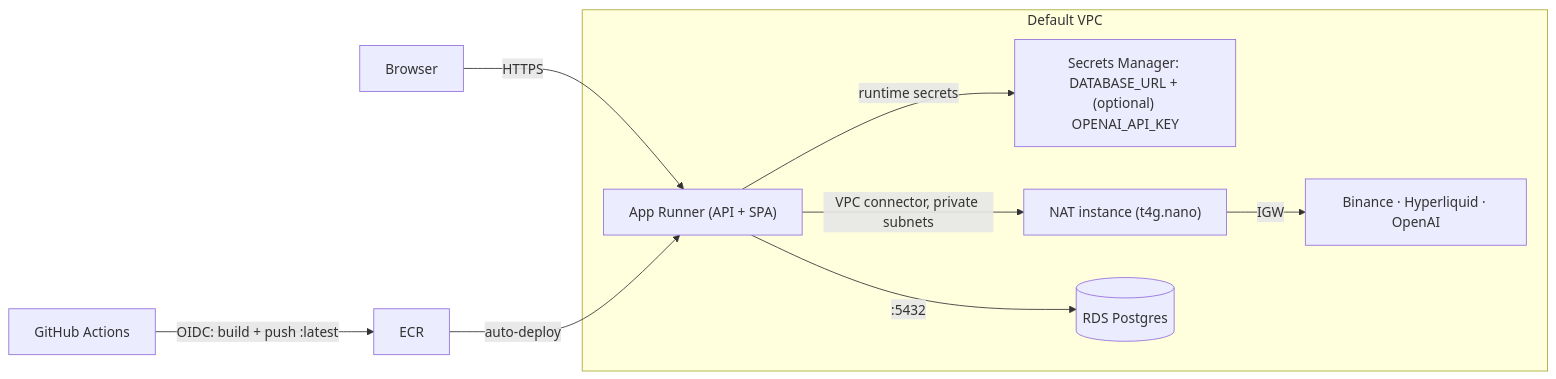
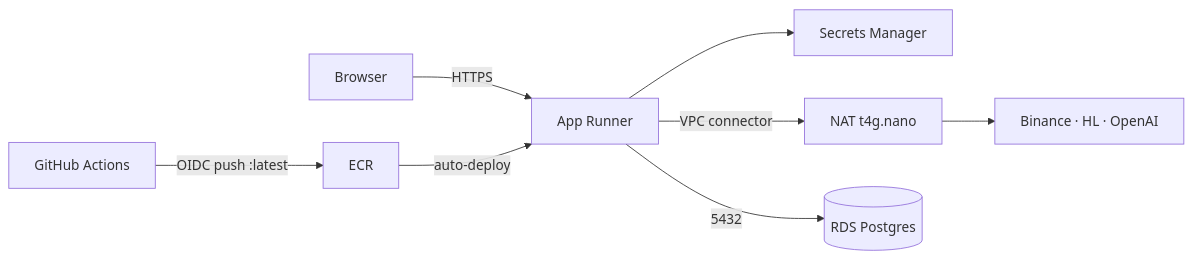
The fifth of 5 diagrams in docs/DESIGN.md (liyifan5923013/catalyst-backtester), drawn with Mermaid before and after one commit. The commit also changed other lines of this file, not shown here.

First line of the commit message:
Docs: add end-to-end, AWS, and sequence architecture diagrams to DESIGN.md

````diff
--- a/docs/DESIGN.md
+++ b/docs/DESIGN.md
@@ -362,19 +480,8 @@
 ```mermaid
 flowchart LR
-  user[Browser]
-  gha[GitHub Actions]
-  ecr[ECR]
-  user -->|HTTPS| ar
-  gha -->|OIDC: build + push :latest| ecr
-  ecr -->|auto-deploy| ar
-  subgraph vpc [Default VPC]
-    ar["App Runner (API + SPA)"]
-    sm["Secrets Manager: DATABASE_URL + (optional) OPENAI_API_KEY"]
-    nat["NAT instance (t4g.nano)"]
-    rds[(RDS Postgres)]
-    ar -->|runtime secrets| sm
-    ar -->|VPC connector, private subnets| nat
-    ar -->|":5432"| rds
-    nat -->|IGW| ext[Binance · Hyperliquid · OpenAI]
-  end
+  user[Browser] -->|HTTPS| ar[App Runner]
+  gha[GitHub Actions] -->|OIDC push :latest| ecr[ECR] -->|auto-deploy| ar
+  ar --> sm[Secrets Manager]
+  ar -->|VPC connector| nat[NAT t4g.nano] --> ext[Binance · HL · OpenAI]
+  ar -->|5432| rds[(RDS Postgres)]
 ```
````
